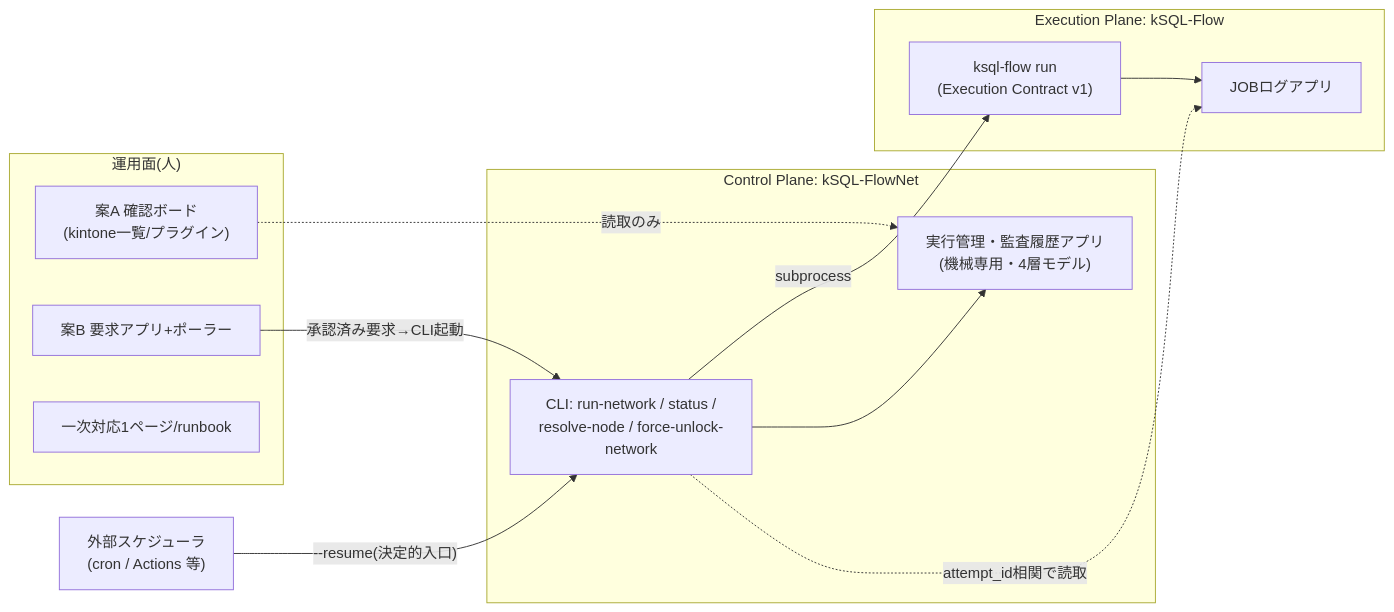
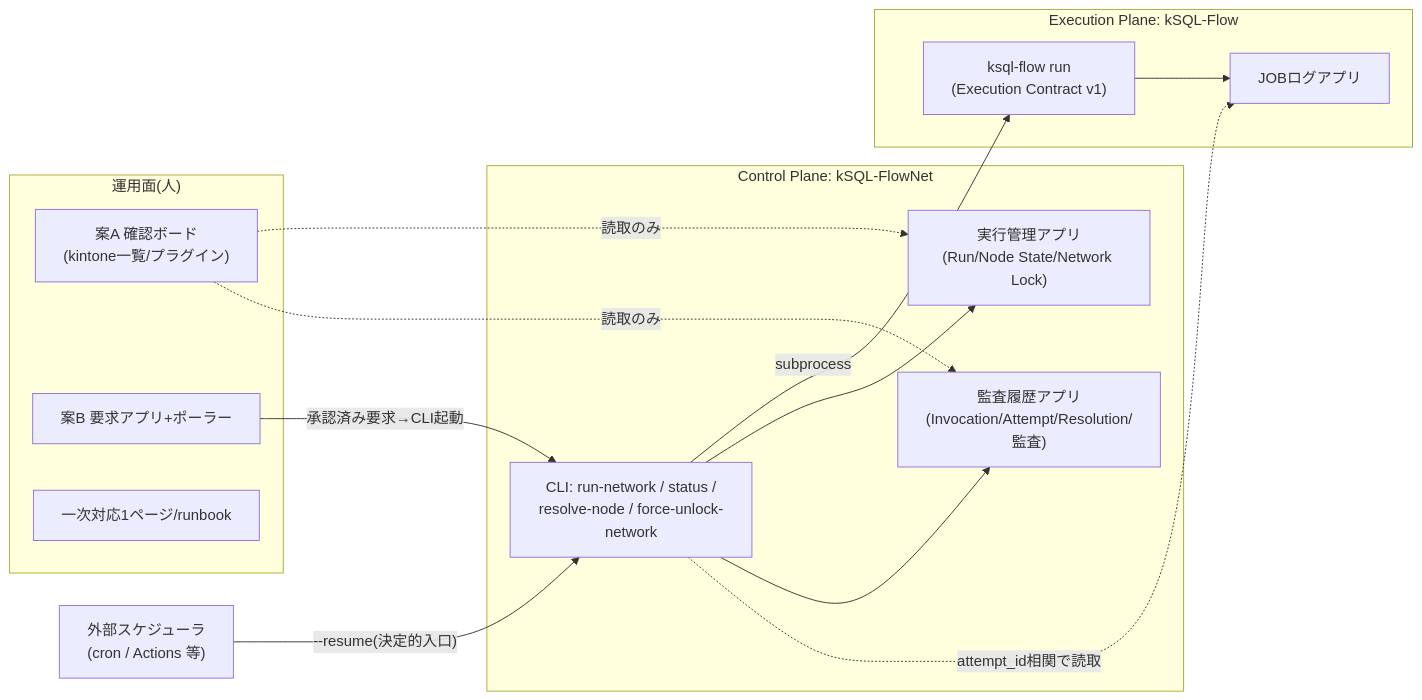
One commit to rex0220/ksql-flownet changed the diagram in docs/ksql-flownet-vision.md. Above: the diagram before and after it, drawn with Mermaid. The commit also changed other lines of this file and 1 other file, not shown here.

````diff
--- a/docs/ksql-flownet-vision.md
+++ b/docs/ksql-flownet-vision.md
@@ -16,25 +16,28 @@
 ```mermaid
 flowchart LR
     subgraph OPS["運用面(人)"]
       A0["案A 確認ボード<br/>(kintone一覧/プラグイン)"]
       B0["案B 要求アプリ+ポーラー"]
       RB["一次対応1ページ/runbook"]
     end
     subgraph CP["Control Plane: kSQL-FlowNet"]
       CLI["CLI: run-network / status /<br/>resolve-node / force-unlock-network"]
-      ST["実行管理・監査履歴アプリ<br/>(機械専用・4層モデル)"]
+      ST1["実行管理アプリ<br/>(Run/Node State/Network Lock)"]
+      ST2["監査履歴アプリ<br/>(Invocation/Attempt/Resolution/監査)"]
     end
     subgraph EP["Execution Plane: kSQL-Flow"]
       RUN["ksql-flow run<br/>(Execution Contract v1)"]
       LOG["JOBログアプリ"]
     end
     SCHED["外部スケジューラ<br/>(cron / Actions 等)"]
 
     SCHED -->|"--resume(決定的入口)"| CLI
-    A0 -.読取のみ.-> ST
+    A0 -.読取のみ.-> ST1
+    A0 -.読取のみ.-> ST2
     B0 -->|"承認済み要求→CLI起動"| CLI
     CLI -->|subprocess| RUN
     RUN --> LOG
-    CLI --> ST
+    CLI --> ST1
+    CLI --> ST2
     CLI -.attempt_id相関で読取.-> LOG
 ```
````
